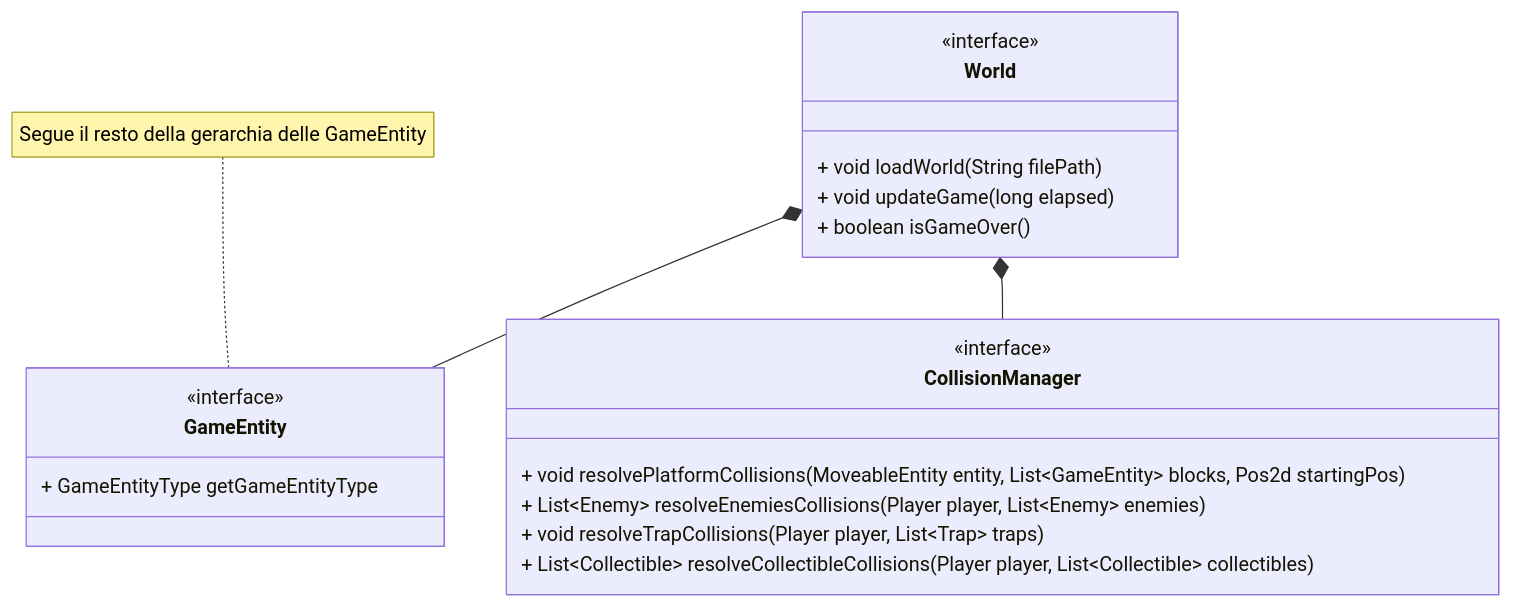
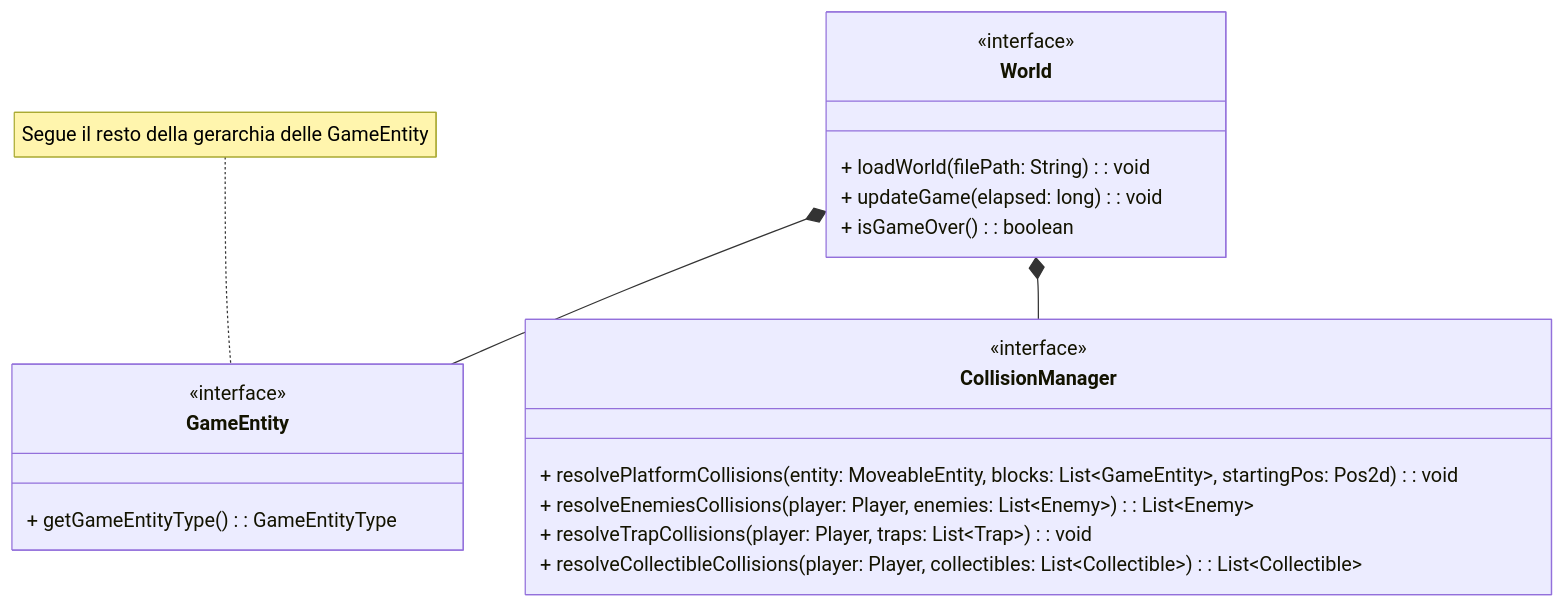
Before and after one commit to unibo-oop-projects/OOP23-FilippoMassariFilippoMassari6studio-MatteoBagnolini-FilippoMassari-SaadElMaliki-Matteo-SUPSON: the eighth of 10 diagrams in report.md, drawn with Mermaid. The commit also changed other lines of this file and 1 other file, not shown here.

````diff
--- a/report.md
+++ b/report.md
@@ -377,26 +370,26 @@
 ```mermaid
 classDiagram
     class World {
         <<interface>>
-        + void loadWorld(String filePath)
-        + void updateGame(long elapsed)
-        + boolean isGameOver()
+        + loadWorld(filePath: String) : void
+        + updateGame(elapsed: long) : void
+        + isGameOver() : boolean
     }
 
     class GameEntity {
         <<interface>>
-        + GameEntityType getGameEntityType
+        + getGameEntityType() : GameEntityType
     }
     note for GameEntity "Segue il resto della gerarchia delle GameEntity"
 
     class CollisionManager {
         <<interface>>
-        + void resolvePlatformCollisions(MoveableEntity entity, List~GameEntity~ blocks, Pos2d startingPos)
-        + List~Enemy~ resolveEnemiesCollisions(Player player, List~Enemy~ enemies)
-        + void resolveTrapCollisions(Player player, List~Trap~ traps)
-        + List~Collectible~ resolveCollectibleCollisions(Player player, List~Collectible~ collectibles)
+        + resolvePlatformCollisions(entity: MoveableEntity, blocks: List~GameEntity~, startingPos: Pos2d) : void
+        + resolveEnemiesCollisions(player: Player, enemies: List~Enemy~) : List~Enemy~
+        + resolveTrapCollisions(player: Player, traps: List~Trap~) : void
+        + resolveCollectibleCollisions(player: Player, collectibles: List~Collectible~) : List~Collectible~
     }
 
     World *-- GameEntity
     World *-- CollisionManager
 ```
````
